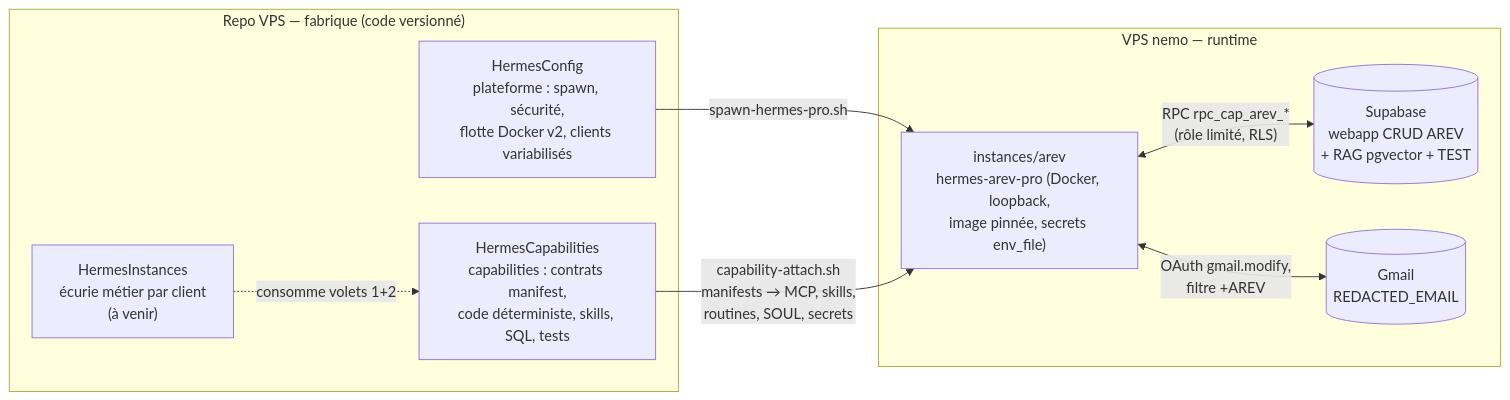
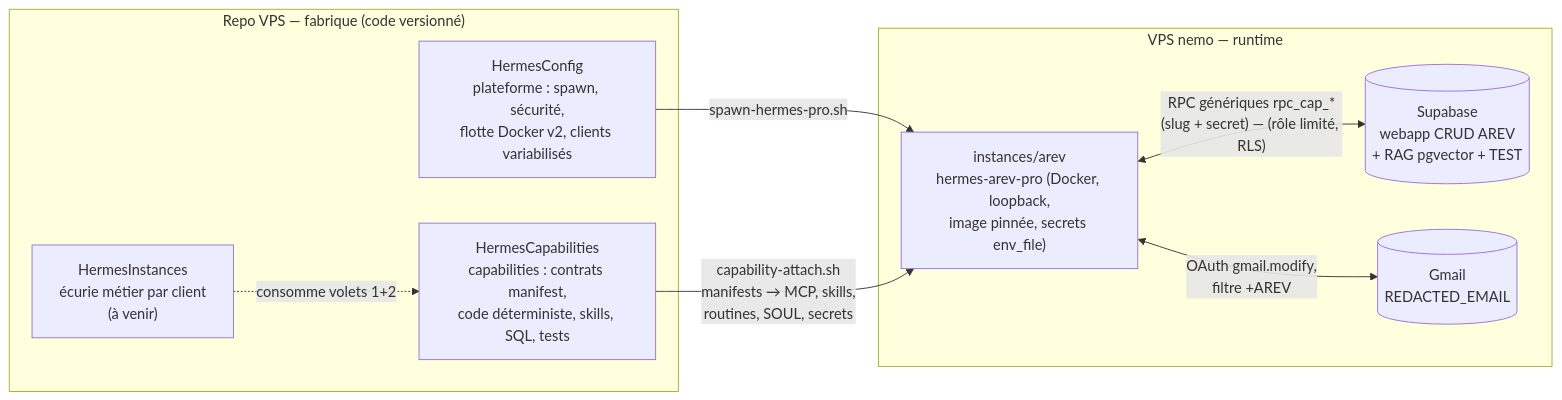
One commit to Dredouane/VPS changed the first of 2 diagrams in HermesCapabilities/README.md. Above: the diagram before and after it, drawn with Mermaid. The commit also changed other lines of this file and 23 other files, not shown here.

First line of the commit message:
HermesCapabilities M2.2-bis: migration RPC génériques (D8-v3, clean swap) — secret par slug

````diff
--- a/HermesCapabilities/README.md
+++ b/HermesCapabilities/README.md
@@ -12,18 +12,18 @@
 ```mermaid
 flowchart LR
     subgraph REPO["Repo VPS — fabrique (code versionné)"]
         HC["HermesConfig<br/>plateforme : spawn, sécurité,<br/>flotte Docker v2, clients variabilisés"]
         HCAP["HermesCapabilities<br/>capabilities : contrats manifest,<br/>code déterministe, skills, SQL, tests"]
         HI["HermesInstances<br/>écurie métier par client<br/>(à venir)"]
     end
     subgraph RUNTIME["VPS nemo — runtime"]
         INST["instances/arev<br/>hermes-arev-pro (Docker, loopback,<br/>image pinnée, secrets env_file)"]
         SUPA[("Supabase<br/>webapp CRUD AREV<br/>+ RAG pgvector + TEST")]
         GMAIL[("Gmail<br/>REDACTED_EMAIL")]
     end
     HC -->|"spawn-hermes-pro.sh"| INST
     HCAP -->|"capability-attach.sh<br/>manifests → MCP, skills,<br/>routines, SOUL, secrets"| INST
     HI -.->|"consomme volets 1+2"| HCAP
-    INST <-->|"RPC rpc_cap_arev_*<br/>(rôle limité, RLS)"| SUPA
+    INST <-->|"RPC génériques rpc_cap_*<br/>(slug + secret) — (rôle limité, RLS)"| SUPA
     INST <-->|"OAuth gmail.modify,<br/>filtre +AREV"| GMAIL
 ```
````
